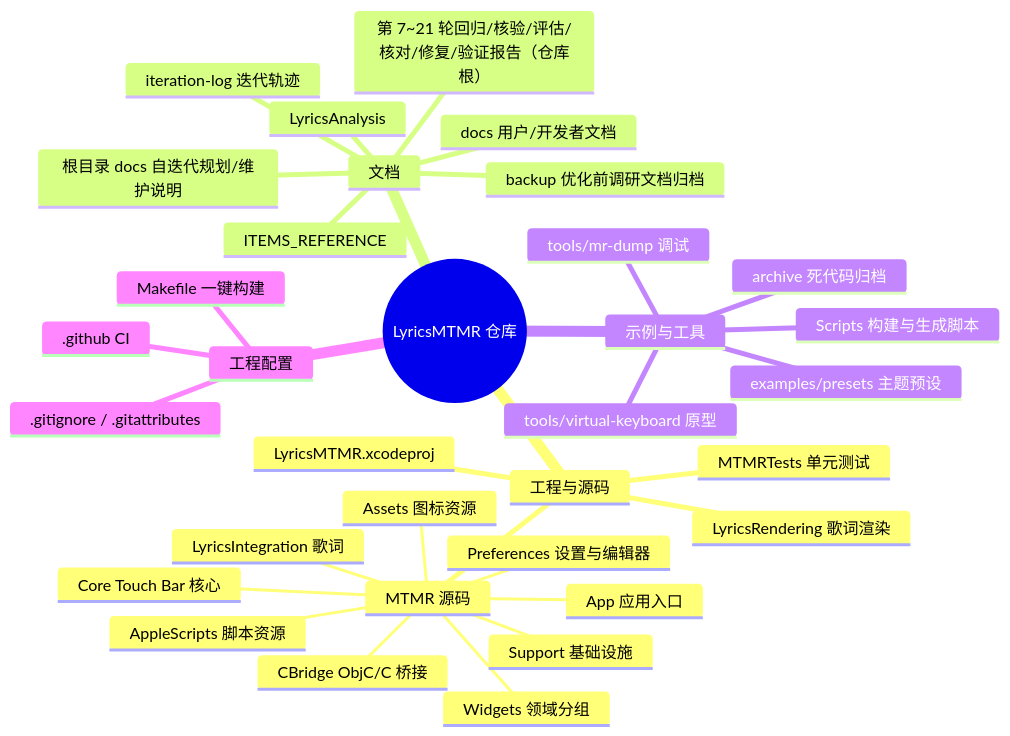
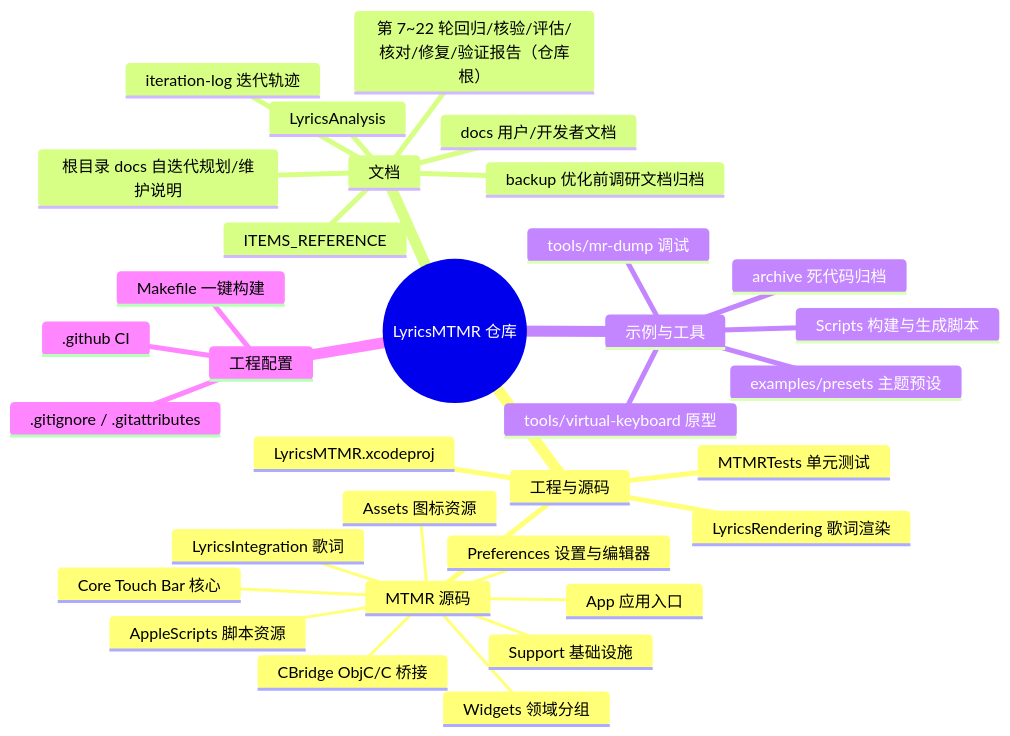
Before and after one commit to Tangzishun-Li/LyricsMTMR: the first of 2 diagrams in LyricsMTMR/docs/file-structure.zh.md, drawn with Mermaid. The commit also changed other lines of this file and 3 other files, not shown here.

````diff
--- a/LyricsMTMR/docs/file-structure.zh.md
+++ b/LyricsMTMR/docs/file-structure.zh.md
@@ -10,36 +10,36 @@
 ```mermaid
 mindmap
   root((LyricsMTMR 仓库))
     工程与源码
       LyricsMTMR.xcodeproj
       MTMR 源码
         App 应用入口
         Core Touch Bar 核心
         Support 基础设施
         Widgets 领域分组
         Preferences 设置与编辑器
         LyricsIntegration 歌词
         CBridge ObjC/C 桥接
         AppleScripts 脚本资源
         Assets 图标资源
       LyricsRendering 歌词渲染
       MTMRTests 单元测试
     文档
       docs 用户/开发者文档
       ITEMS_REFERENCE
       LyricsAnalysis
       backup 优化前调研文档归档
       iteration-log 迭代轨迹
       根目录 docs 自迭代规划/维护说明
-      第 7~21 轮回归/核验/评估/核对/修复/验证报告（仓库根）
+      第 7~22 轮回归/核验/评估/核对/修复/验证报告（仓库根）
     示例与工具
       examples/presets 主题预设
       tools/mr-dump 调试
       tools/virtual-keyboard 原型
       Scripts 构建与生成脚本
       archive 死代码归档
     工程配置
       .github CI
       .gitignore / .gitattributes
       Makefile 一键构建
 ```
````
